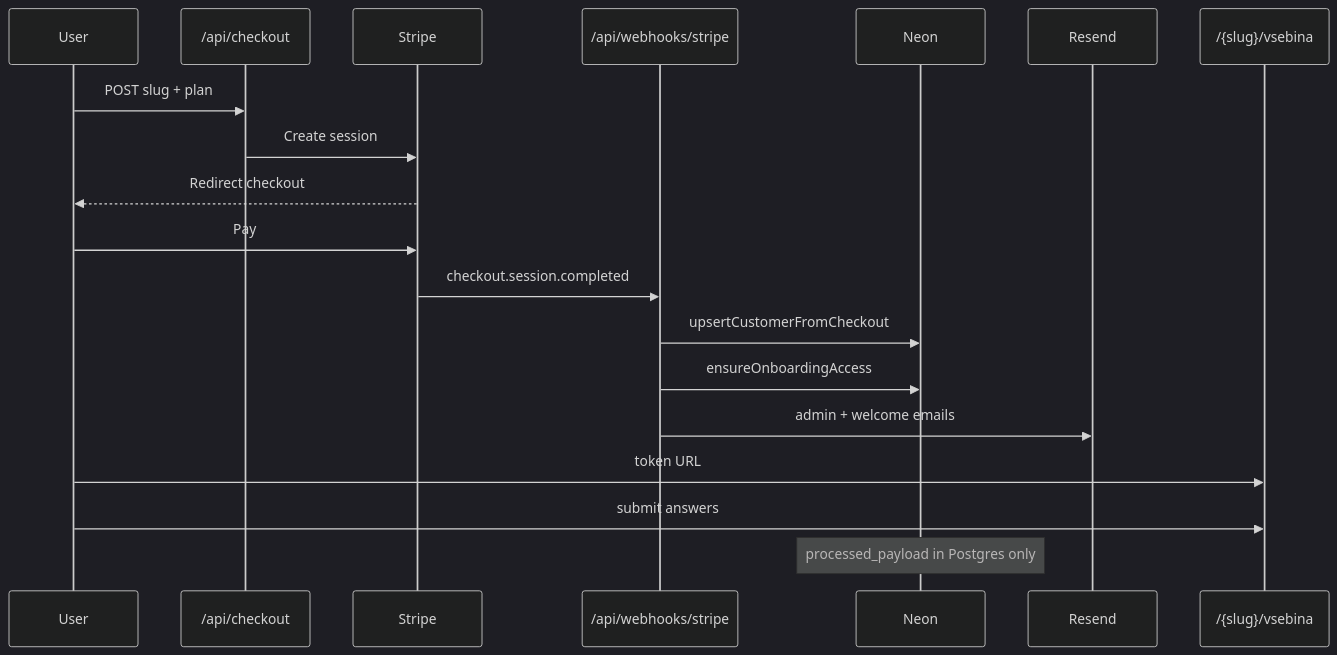
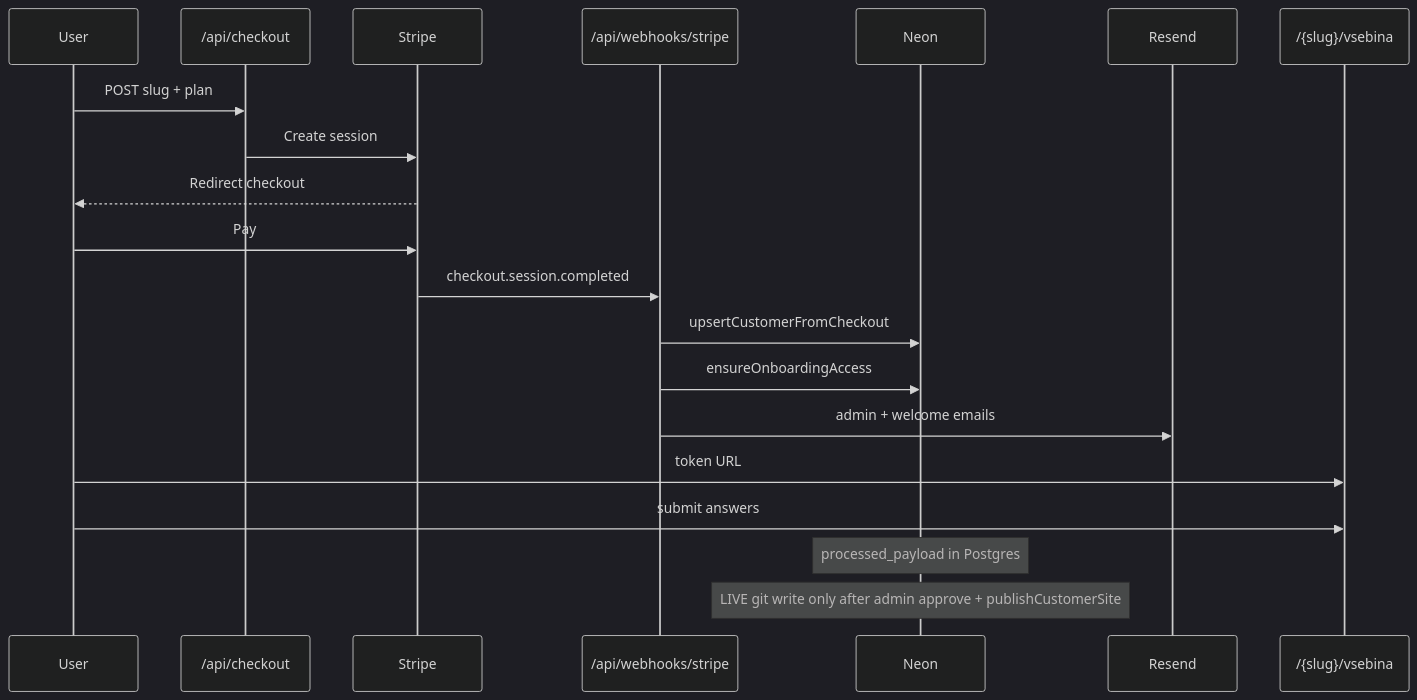
Before and after one commit to tadejss/ai-websites: the fourth of 5 diagrams in docs/ARCHITECTURE.md, drawn with Mermaid (dark theme). The commit also changed other lines of this file and 16 other files, not shown here.

````diff
--- a/docs/ARCHITECTURE.md
+++ b/docs/ARCHITECTURE.md
@@ -849,22 +906,23 @@
 ```mermaid
 sequenceDiagram
   participant User
   participant Checkout as /api/checkout
   participant Stripe
   participant WH as /api/webhooks/stripe
   participant DB as Neon
   participant Email as Resend
   participant Onboard as /{slug}/vsebina
 
   User->>Checkout: POST slug + plan
   Checkout->>Stripe: Create session
   Stripe-->>User: Redirect checkout
   User->>Stripe: Pay
   Stripe->>WH: checkout.session.completed
   WH->>DB: upsertCustomerFromCheckout
   WH->>DB: ensureOnboardingAccess
   WH->>Email: admin + welcome emails
   User->>Onboard: token URL
   User->>Onboard: submit answers
-  Note over DB: processed_payload in Postgres only
+  Note over DB: processed_payload in Postgres
+  Note over DB: LIVE git write only after admin approve + publishCustomerSite
 ```
````
